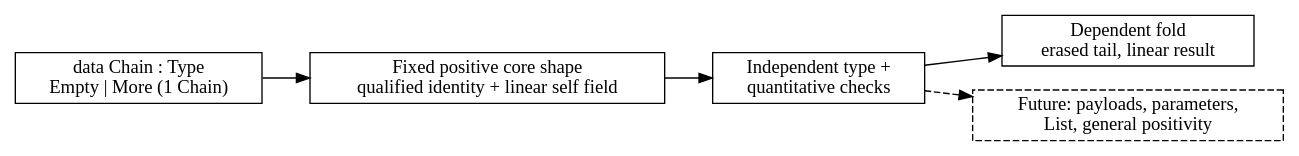
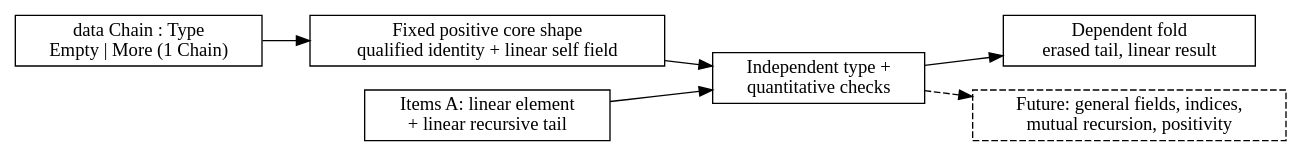
One commit to odunboye/fibril changed the diagram in docs/diagrams/recursive-data.dot. Above: the diagram before and after it, drawn with Graphviz. The commit also changed 35 other files, not shown here.

Commit message:
Add checked parameterized recursive list shape

```diff
--- a/docs/diagrams/recursive-data.dot
+++ b/docs/diagrams/recursive-data.dot
@@ -1,11 +1,13 @@
 digraph RecursiveData {
   rankdir=LR;
   node [shape=box];
   source [label="data Chain : Type\nEmpty | More (1 Chain)"];
   shape [label="Fixed positive core shape\nqualified identity + linear self field"];
   check [label="Independent type +\nquantitative checks"];
   fold [label="Dependent fold\nerased tail, linear result"];
-  future [label="Future: payloads, parameters,\nList, general positivity", style=dashed];
+  sequence [label="Items A: linear element\n+ linear recursive tail"];
+  future [label="Future: general fields, indices,\nmutual recursion, positivity", style=dashed];
   source -> shape -> check -> fold;
+  sequence -> check;
   check -> future [style=dashed];
 }
```
